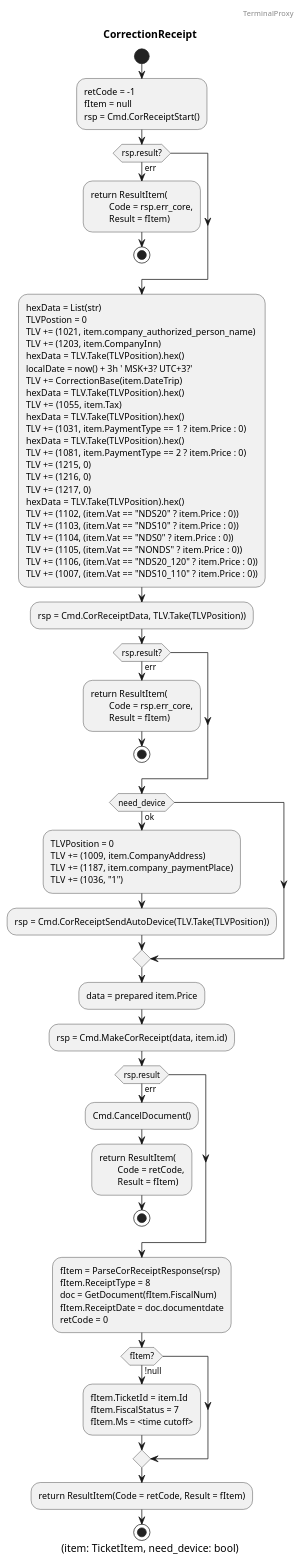
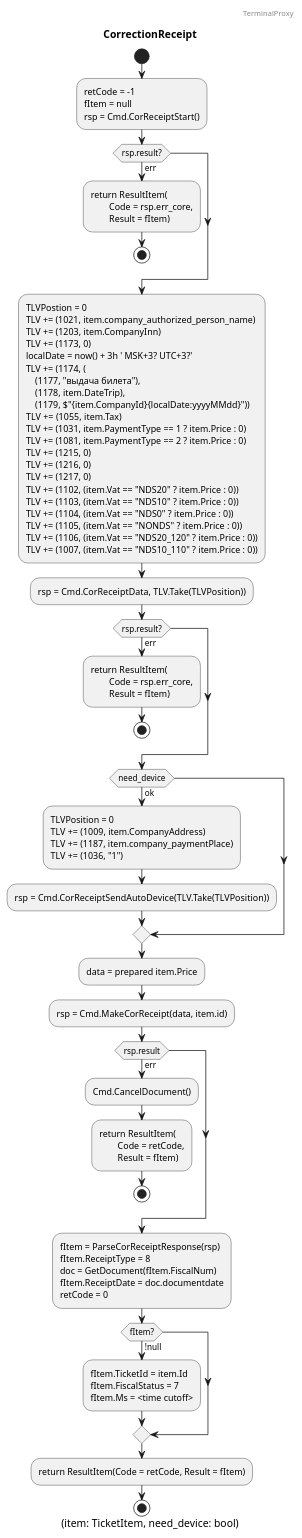
One commit to tieugene/kitpos changed the diagram in doc/tp.cr.puml. Above: the diagram before and after it, drawn with PlantUML. The commit also changed 3 other files, not shown here.

```diff
--- a/doc/tp.cr.puml
+++ b/doc/tp.cr.puml
@@ -1,79 +1,77 @@
 @startuml
 
 header TerminalProxy
 
 title CorrectionReceipt
 caption (item: TicketItem, need_device: bool)
 
 start
 
 :retCode = -1
 fItem = null
 rsp = Cmd.CorReceiptStart();
 if (rsp.result?) then (err)
 	:return ResultItem(
 		Code = rsp.err_core,
 		Result = fItem);
 	stop
 endif
-:hexData = List(str)
-TLVPostion = 0
+:TLVPostion = 0
 TLV += (1021, item.company_authorized_person_name)
 TLV += (1203, item.CompanyInn)
-hexData = TLV.Take(TLVPosition).hex()
+TLV += (1173, 0)
 localDate = now() + 3h ' MSK+3? UTC+3?'
-TLV += CorrectionBase(item.DateTrip)
-hexData = TLV.Take(TLVPosition).hex()
+TLV += (1174, (
+    (1177, "выдача билета"),
+    (1178, item.DateTrip),
+    (1179, $"{item.CompanyId}{localDate:yyyyMMdd}"))
 TLV += (1055, item.Tax)
-hexData = TLV.Take(TLVPosition).hex()
 TLV += (1031, item.PaymentType == 1 ? item.Price : 0)
-hexData = TLV.Take(TLVPosition).hex()
 TLV += (1081, item.PaymentType == 2 ? item.Price : 0)
 TLV += (1215, 0)
 TLV += (1216, 0)
 TLV += (1217, 0)
-hexData = TLV.Take(TLVPosition).hex()
 TLV += (1102, (item.Vat == "NDS20" ? item.Price : 0))
 TLV += (1103, (item.Vat == "NDS10" ? item.Price : 0))
 TLV += (1104, (item.Vat == "NDS0" ? item.Price : 0))
 TLV += (1105, (item.Vat == "NONDS" ? item.Price : 0))
 TLV += (1106, (item.Vat == "NDS20_120" ? item.Price : 0))
 TLV += (1007, (item.Vat == "NDS10_110" ? item.Price : 0));
 :rsp = Cmd.CorReceiptData, TLV.Take(TLVPosition));
 if (rsp.result?) then (err)
 	:return ResultItem(
 		Code = rsp.err_core,
 		Result = fItem);
 	stop
 endif
 if (need_device) then (ok)
 	:TLVPosition = 0
 	TLV += (1009, item.CompanyAddress)
 	TLV += (1187, item.company_paymentPlace)
 	TLV += (1036, "1");
 	:rsp = Cmd.CorReceiptSendAutoDevice(TLV.Take(TLVPosition));
 endif
 :data = prepared item.Price;
 :rsp = Cmd.MakeCorReceipt(data, item.id);
 if (rsp.result) then (err)
 	:Cmd.CancelDocument();
 	:return ResultItem(
 		Code = retCode,
 		Result = fItem);
 	stop
 endif
 :fItem = ParseCorReceiptResponse(rsp)
 fItem.ReceiptType = 8
 doc = GetDocument(fItem.FiscalNum)
 fItem.ReceiptDate = doc.documentdate
 retCode = 0;
 if (fItem?) then (!null)
 	:fItem.TicketId = item.Id
 	fItem.FiscalStatus = 7
 	fItem.Ms = <time cutoff>;
 endif
 :return ResultItem(Code = retCode, Result = fItem);
 
 stop
 
 @enduml
```
